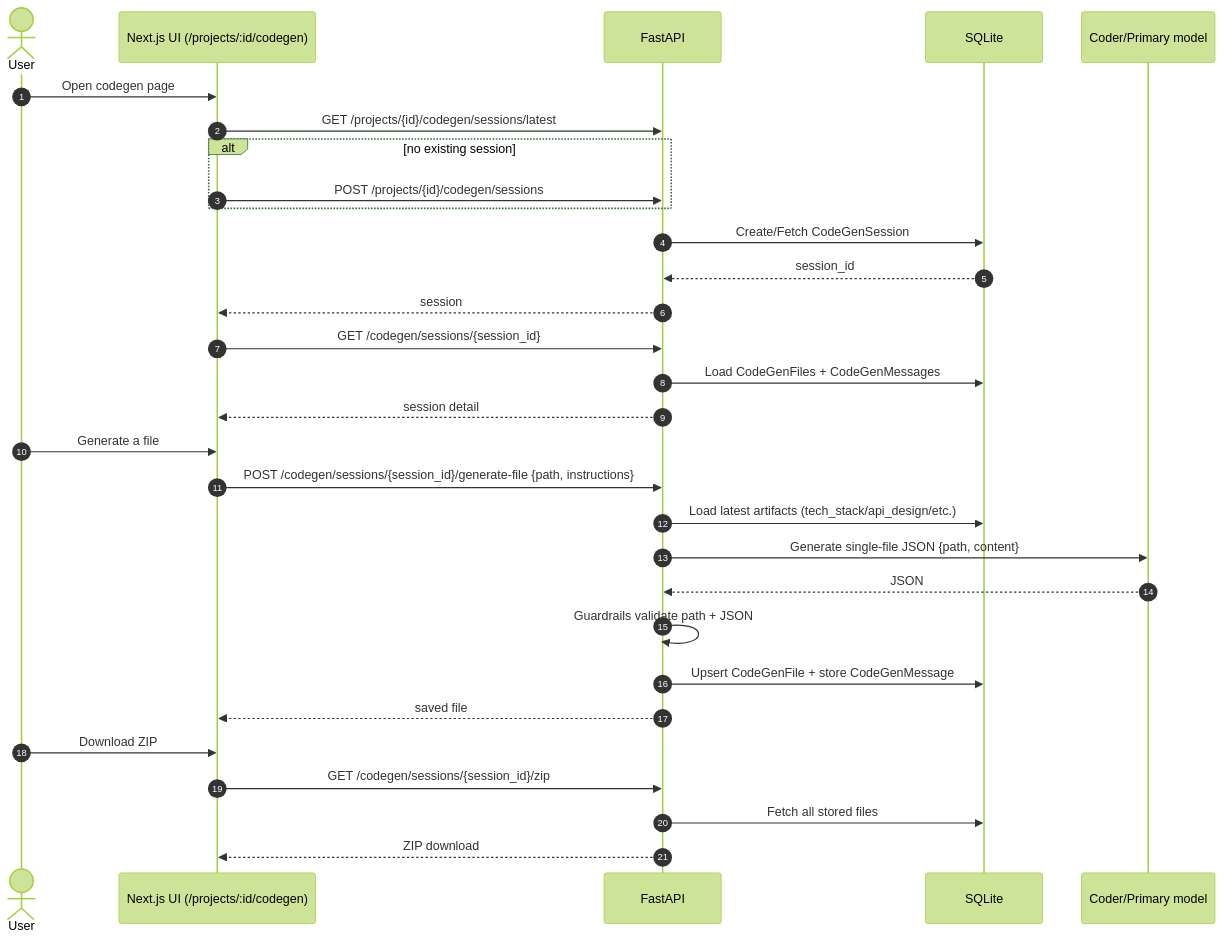
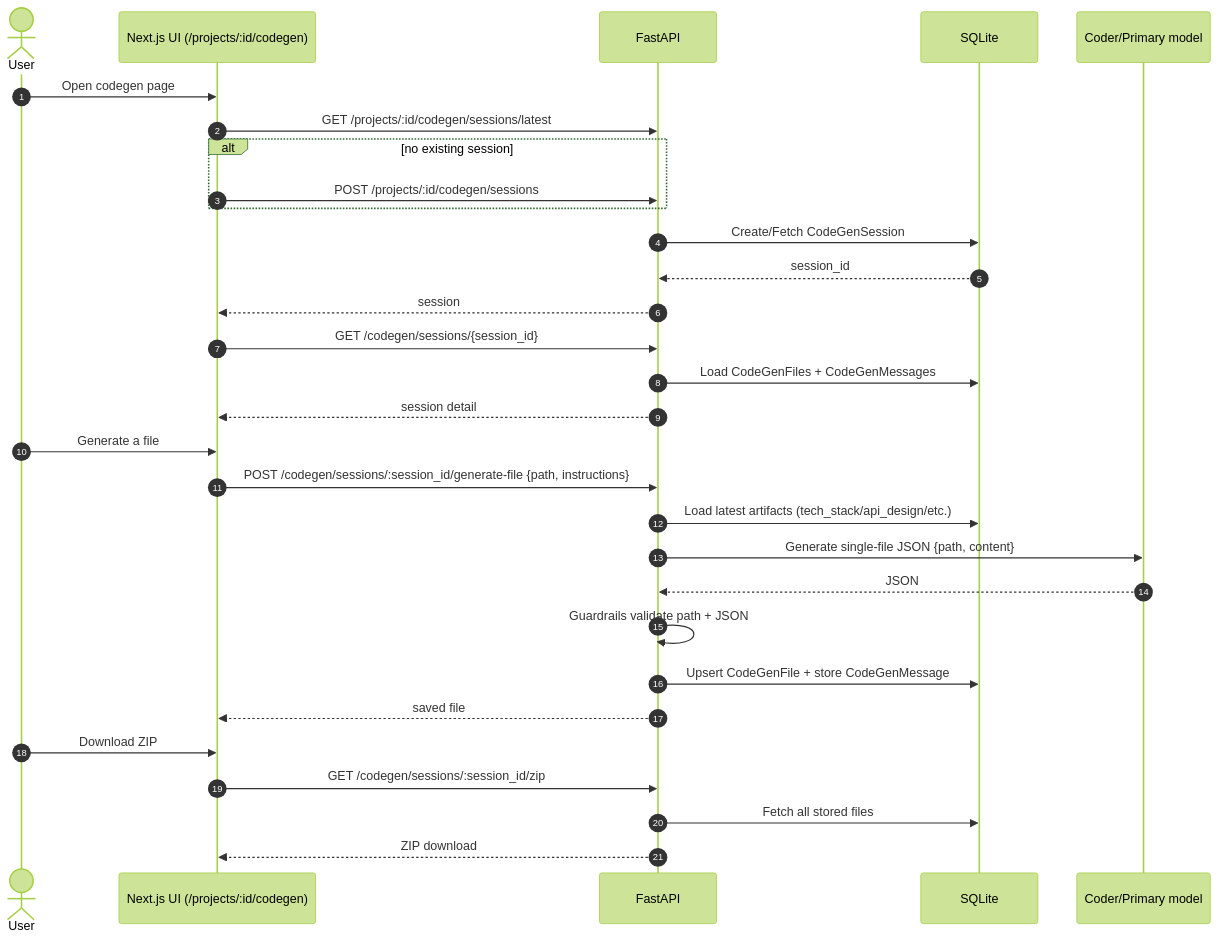
Before and after one commit to monkey9-Cyber-cat-Spidy/jntugv-hackathon-dec-2025-Team-85: the fifth of 7 diagrams in README.md, drawn with Mermaid (forest theme). The commit also changed other lines of this file, not shown here.

Commit message:
Fixes in MErmaid Rendering

````diff
--- a/README.md
+++ b/README.md
@@ -147,36 +147,36 @@
 ```mermaid
 sequenceDiagram
   autonumber
   actor User
   participant FE as Next.js UI (/projects/:id/codegen)
   participant BE as FastAPI
   participant DB as SQLite
   participant LLM as Coder/Primary model
 
   User->>FE: Open codegen page
-  FE->>BE: GET /projects/{id}/codegen/sessions/latest
+  FE->>BE: GET /projects/:id/codegen/sessions/latest
   alt no existing session
-    FE->>BE: POST /projects/{id}/codegen/sessions
+    FE->>BE: POST /projects/:id/codegen/sessions
   end
   BE->>DB: Create/Fetch CodeGenSession
   DB-->>BE: session_id
   BE-->>FE: session
 
   FE->>BE: GET /codegen/sessions/{session_id}
   BE->>DB: Load CodeGenFiles + CodeGenMessages
   BE-->>FE: session detail
 
   User->>FE: Generate a file
-  FE->>BE: POST /codegen/sessions/{session_id}/generate-file {path, instructions}
+  FE->>BE: POST /codegen/sessions/:session_id/generate-file {path, instructions}
   BE->>DB: Load latest artifacts (tech_stack/api_design/etc.)
   BE->>LLM: Generate single-file JSON {path, content}
   LLM-->>BE: JSON
   BE->>BE: Guardrails validate path + JSON
   BE->>DB: Upsert CodeGenFile + store CodeGenMessage
   BE-->>FE: saved file
 
   User->>FE: Download ZIP
-  FE->>BE: GET /codegen/sessions/{session_id}/zip
+  FE->>BE: GET /codegen/sessions/:session_id/zip
   BE->>DB: Fetch all stored files
   BE-->>FE: ZIP download
 ```
````
